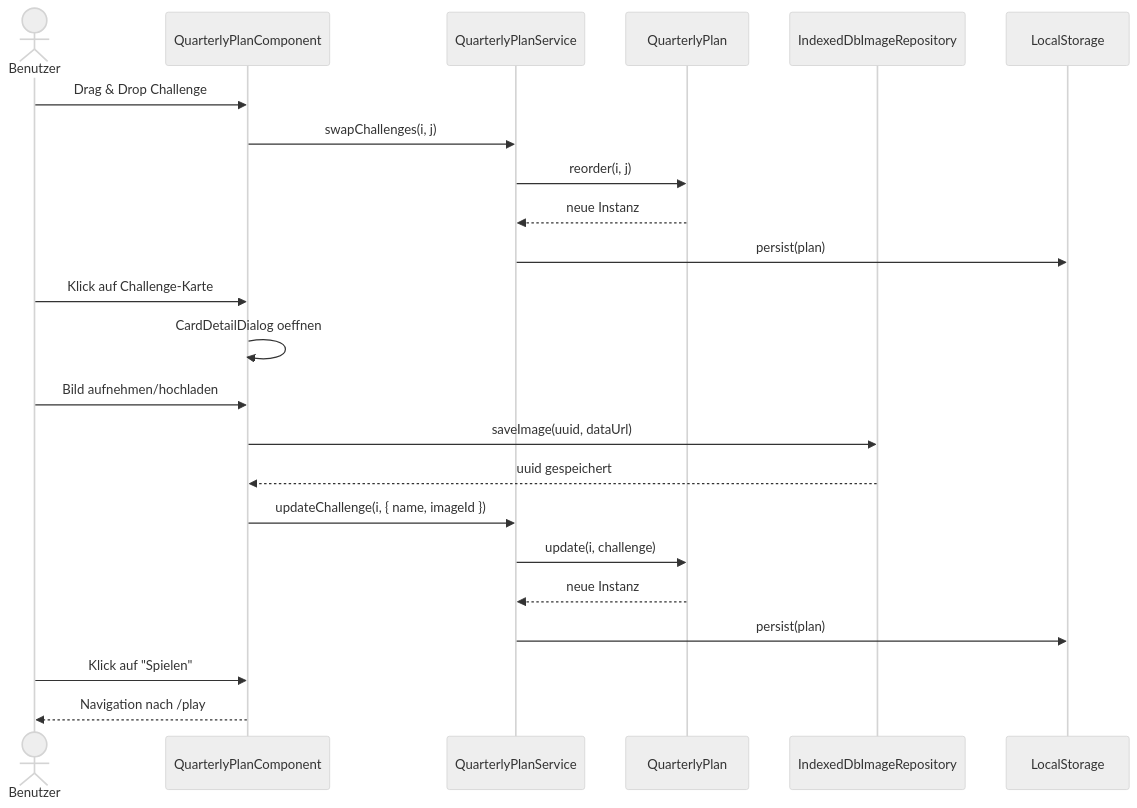
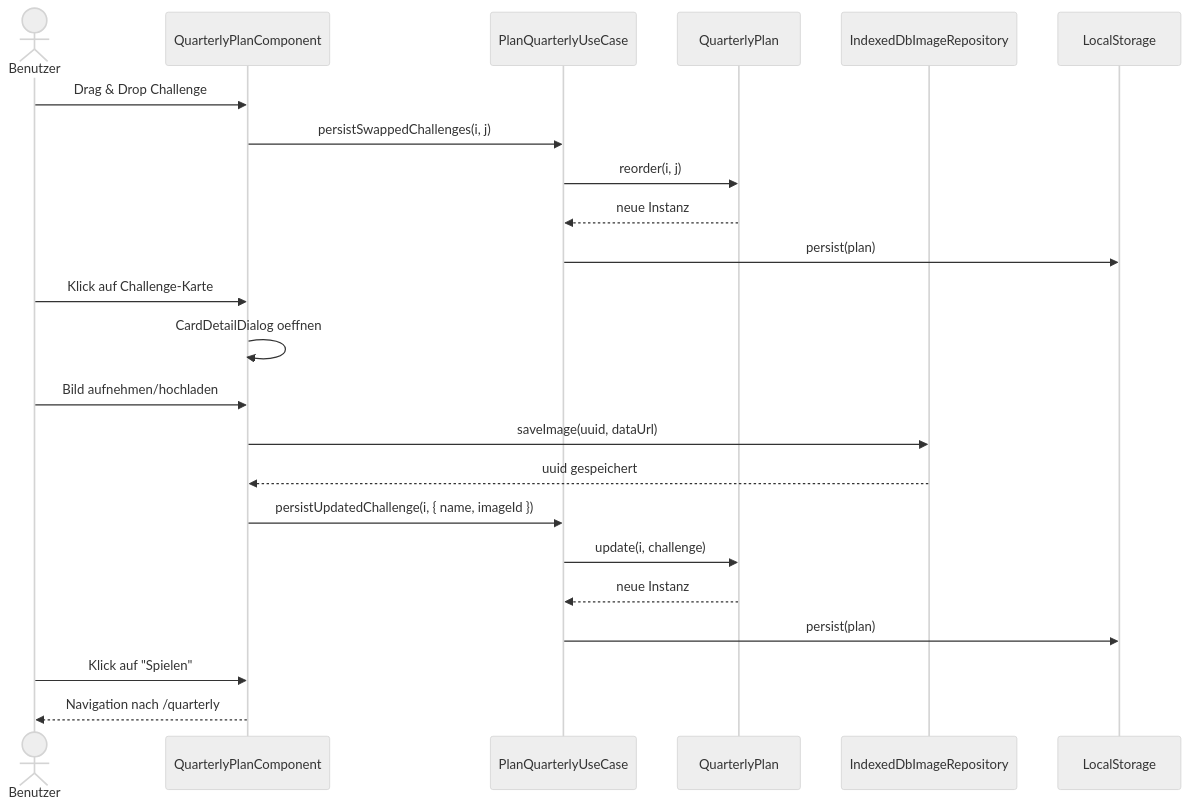
One commit to flingoflux/knitting-quarterly-bingo changed the tenth of 16 diagrams in docs/arc42.md. Above: the diagram before and after it, drawn with Mermaid (neutral theme). The commit also changed other lines of this file, not shown here.

````diff
--- a/docs/arc42.md
+++ b/docs/arc42.md
@@ -384,28 +356,28 @@
 ```mermaid
 sequenceDiagram
   actor Benutzer
-  participant BCC as QuarterlyPlanComponent
-  participant BCS as QuarterlyPlanService
+  participant QPC as QuarterlyPlanComponent
+  participant PQ as PlanQuarterlyUseCase
   participant QP as QuarterlyPlan
   participant IDB as IndexedDbImageRepository
   participant LocalStorage
 
-  Benutzer->>BCC: Drag & Drop Challenge
-  BCC->>BCS: swapChallenges(i, j)
-  BCS->>QP: reorder(i, j)
-  QP-->>BCS: neue Instanz
-  BCS->>LocalStorage: persist(plan)
+  Benutzer->>QPC: Drag & Drop Challenge
+  QPC->>PQ: persistSwappedChallenges(i, j)
+  PQ->>QP: reorder(i, j)
+  QP-->>PQ: neue Instanz
+  PQ->>LocalStorage: persist(plan)
 
-  Benutzer->>BCC: Klick auf Challenge-Karte
-  BCC->>BCC: CardDetailDialog oeffnen
-  Benutzer->>BCC: Bild aufnehmen/hochladen
-  BCC->>IDB: saveImage(uuid, dataUrl)
-  IDB-->>BCC: uuid gespeichert
-  BCC->>BCS: updateChallenge(i, { name, imageId })
-  BCS->>QP: update(i, challenge)
-  QP-->>BCS: neue Instanz
-  BCS->>LocalStorage: persist(plan)
+  Benutzer->>QPC: Klick auf Challenge-Karte
+  QPC->>QPC: CardDetailDialog oeffnen
+  Benutzer->>QPC: Bild aufnehmen/hochladen
+  QPC->>IDB: saveImage(uuid, dataUrl)
+  IDB-->>QPC: uuid gespeichert
+  QPC->>PQ: persistUpdatedChallenge(i, { name, imageId })
+  PQ->>QP: update(i, challenge)
+  QP-->>PQ: neue Instanz
+  PQ->>LocalStorage: persist(plan)
 
-  Benutzer->>BCC: Klick auf "Spielen"
-  BCC-->>Benutzer: Navigation nach /play
+  Benutzer->>QPC: Klick auf "Spielen"
+  QPC-->>Benutzer: Navigation nach /quarterly
 ```
````
